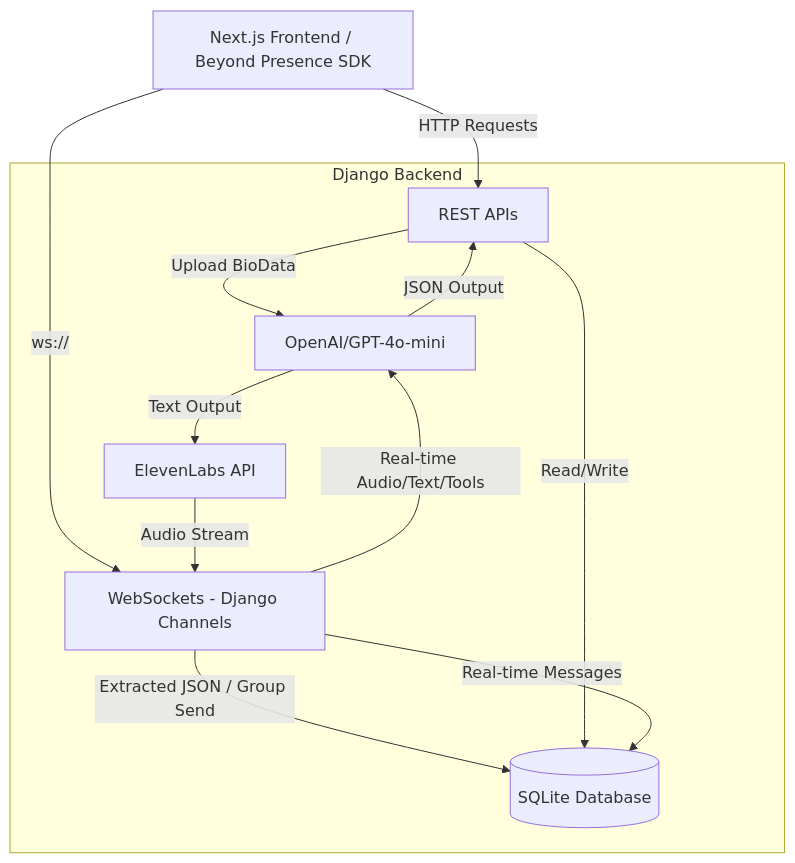
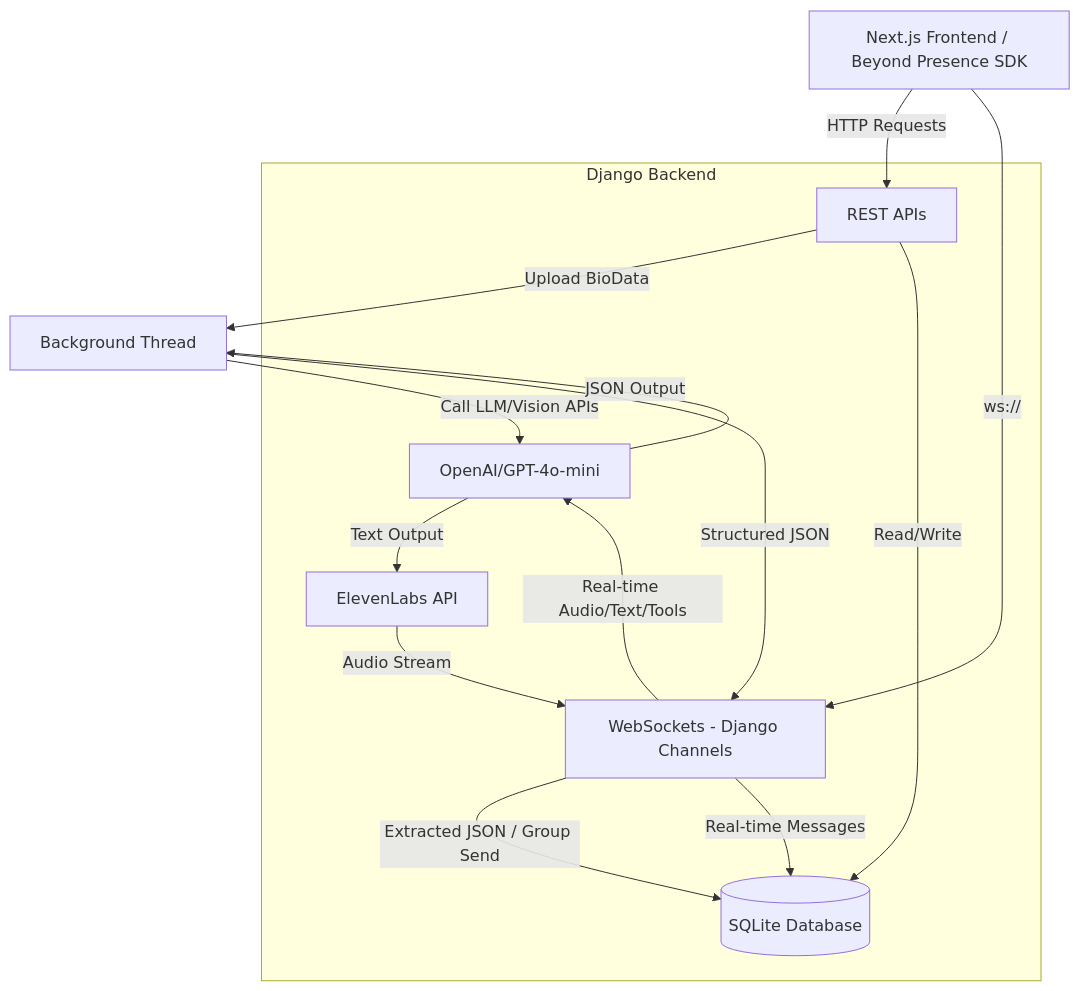
One commit to gentleakshit69/haldimahendi-website- changed the first of 2 diagrams in README.md. Above: the diagram before and after it, drawn with Mermaid. The commit also changed other lines of this file and 9 other files, not shown here.

````diff
--- a/README.md
+++ b/README.md
@@ -30,26 +30,28 @@
 ```mermaid
 graph TD
     Client[Next.js Frontend / Beyond Presence SDK]
     
     subgraph DjangoBackend ["Django Backend"]
         REST[REST APIs]
         WS[WebSockets - Django Channels]
         DB[(SQLite Database)]
         LLM[OpenAI/GPT-4o-mini]
         TTS[ElevenLabs API]
     end
 
     Client -- HTTP Requests --> REST
     Client -- ws:// --> WS
     
-    REST -- Upload BioData --> LLM
-    LLM -- JSON Output --> REST
+    REST -- Upload BioData --> ParserTask[Background Thread]
+    ParserTask -- Call LLM/Vision APIs --> LLM
+    LLM -- JSON Output --> ParserTask
+    ParserTask -- Structured JSON --> WS
     
     WS -- Real-time Audio/Text/Tools --> LLM
     LLM -- Text Output --> TTS
     TTS -- Audio Stream --> WS
     WS -- Extracted JSON / Group Send --> DB
     
     REST -- Read/Write --> DB
     WS -- Real-time Messages --> DB
 ```
````
